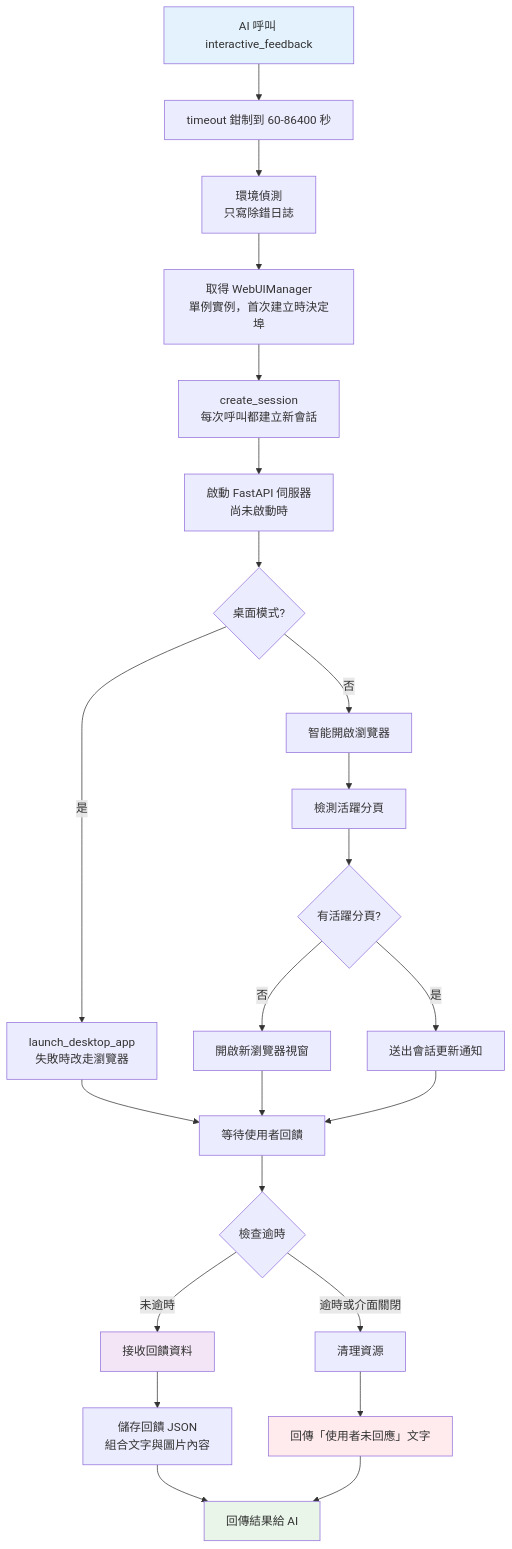
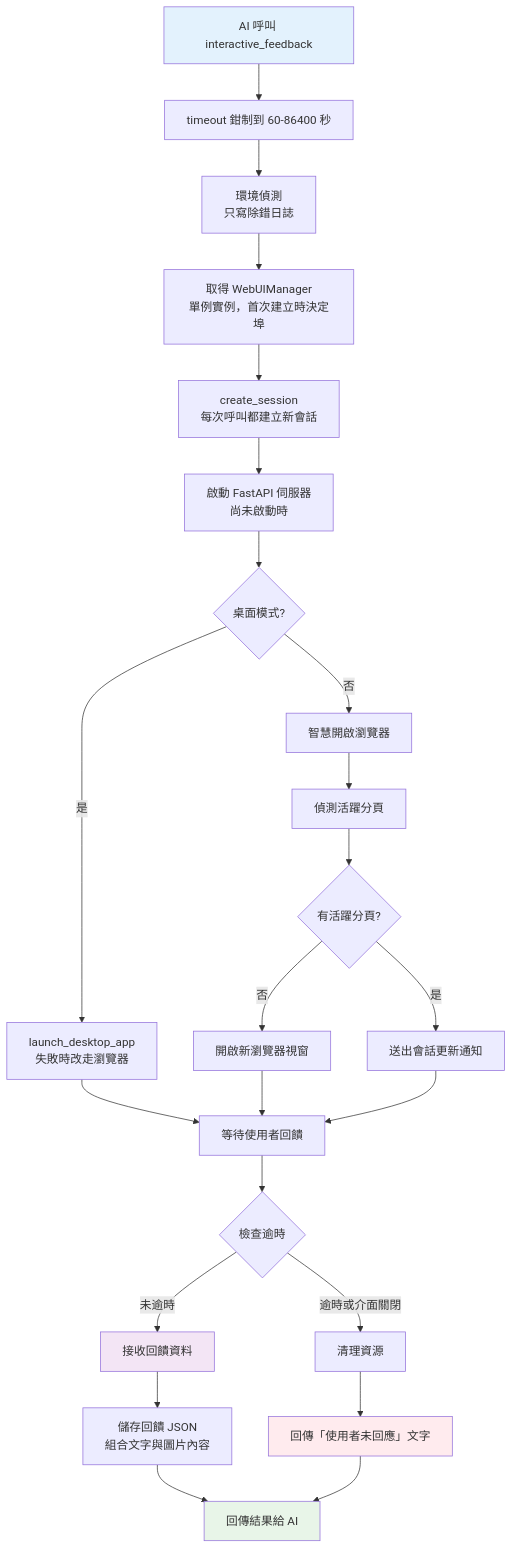
One commit to CloudEngineHub/mcp-feedback-enhanced changed the second of 12 diagrams in docs/architecture/interaction-flows.md. Above: the diagram before and after it, drawn with Mermaid. The commit also changed other lines of this file, not shown here.

````diff
--- a/docs/architecture/interaction-flows.md
+++ b/docs/architecture/interaction-flows.md
@@ -111,37 +111,37 @@
 ```mermaid
 flowchart TD
     START[AI 呼叫 interactive_feedback] --> VALIDATE[timeout 鉗制到 60-86400 秒]
     VALIDATE --> ENV[環境偵測<br/>只寫除錯日誌]
     ENV --> MANAGER[取得 WebUIManager<br/>單例實例，首次建立時決定埠]
     MANAGER --> CREATE[create_session<br/>每次呼叫都建立新會話]
 
     CREATE --> SERVER[啟動 FastAPI 伺服器<br/>尚未啟動時]
     SERVER --> MODE{桌面模式?}
     MODE -->|是| DESKTOP[launch_desktop_app<br/>失敗時改走瀏覽器]
-    MODE -->|否| BROWSER[智能開啟瀏覽器]
+    MODE -->|否| BROWSER[智慧開啟瀏覽器]
 
-    BROWSER --> DETECT[檢測活躍分頁]
+    BROWSER --> DETECT[偵測活躍分頁]
     DETECT --> OPEN_DECISION{有活躍分頁?}
 
     OPEN_DECISION -->|否| OPEN[開啟新瀏覽器視窗]
     OPEN_DECISION -->|是| NOTIFY[送出會話更新通知]
 
     DESKTOP --> WAIT[等待使用者回饋]
     OPEN --> WAIT
     NOTIFY --> WAIT
 
     WAIT --> TIMEOUT{檢查逾時}
     TIMEOUT -->|未逾時| FEEDBACK[接收回饋資料]
     TIMEOUT -->|逾時或介面關閉| CLEANUP[清理資源]
 
     FEEDBACK --> PROCESS[儲存回饋 JSON<br/>組合文字與圖片內容]
     PROCESS --> RETURN[回傳結果給 AI]
 
     CLEANUP --> ERROR[回傳「使用者未回應」文字]
     ERROR --> RETURN
 
     style START fill:#e3f2fd
     style RETURN fill:#e8f5e8
     style ERROR fill:#ffebee
     style FEEDBACK fill:#f3e5f5
 ```
````
